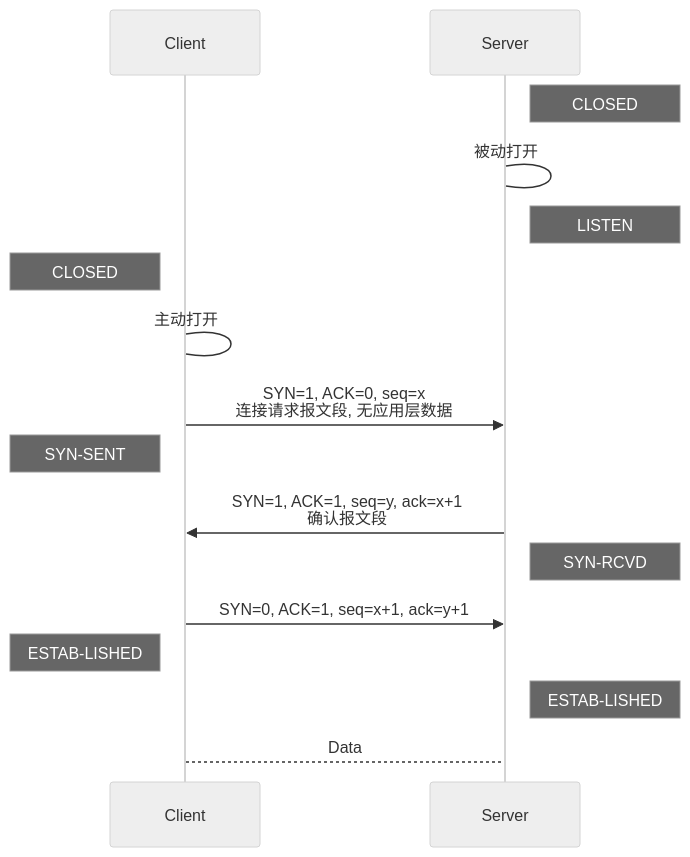
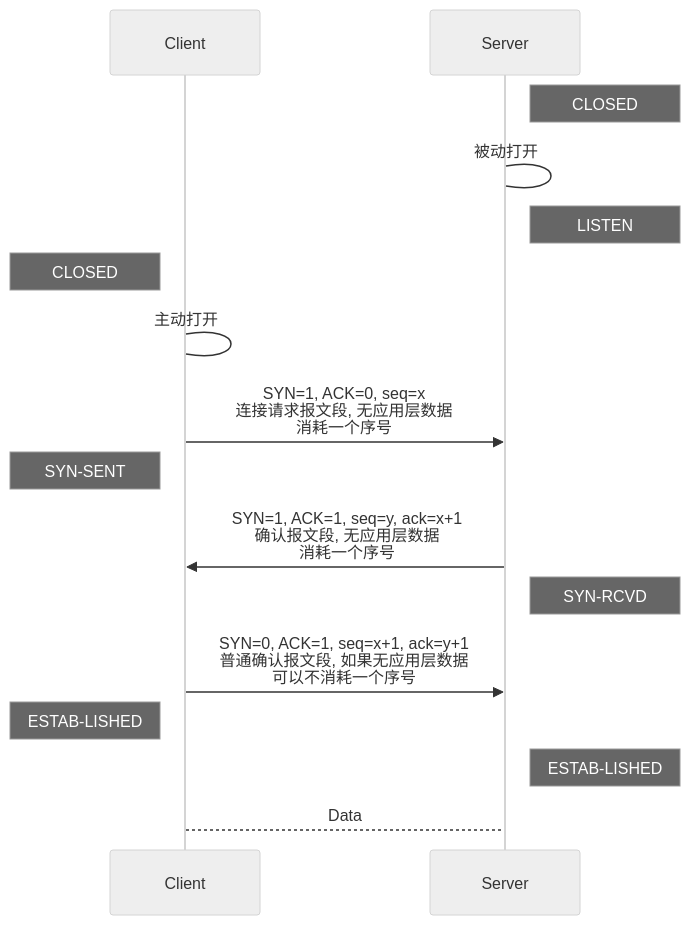
The first of 2 diagrams in KnowledgeMap/计算机科学/计算机网络/notes/传输层/TCP.md (CharlesShan-hub/PKM), drawn with Mermaid (neutral theme) before and after one commit. The commit also changed other lines of this file and 60 other files, not shown here.

````diff
--- a/KnowledgeMap/计算机科学/计算机网络/notes/传输层/TCP.md
+++ b/KnowledgeMap/计算机科学/计算机网络/notes/传输层/TCP.md
@@ -94,26 +107,26 @@
 ```mermaid
   sequenceDiagram
   	participant Client
   	participant Server
   	
   	Note right of Server: CLOSED
   	Server->Server: 被动打开
   	Note right of Server: LISTEN
   	Note left of Client: CLOSED
   	Client->Client: 主动打开
   	
-  	Client->>Server: SYN=1, ACK=0, seq=x<br>连接请求报文段, 无应用层数据
+  	Client->>Server: SYN=1, ACK=0, seq=x<br>连接请求报文段, 无应用层数据<br>消耗一个序号
   	
   	Note left of Client: SYN-SENT
   	
-  	Server->>Client: SYN=1, ACK=1, seq=y, ack=x+1<br>确认报文段
+  	Server->>Client: SYN=1, ACK=1, seq=y, ack=x+1<br>确认报文段, 无应用层数据<br>消耗一个序号
   	
   	Note right of Server: SYN-RCVD
   	
-  	Client->>Server: SYN=0, ACK=1, seq=x+1, ack=y+1
+  	Client->>Server: SYN=0, ACK=1, seq=x+1, ack=y+1<br>普通确认报文段, 如果无应用层数据<br>可以不消耗一个序号
   	
   	Note left of Client: ESTAB-LISHED
   	Note right of Server: ESTAB-LISHED
   	
   	Client-->Server: Data
 ```
````
